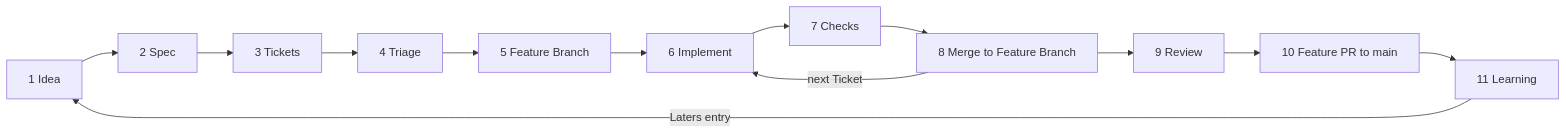
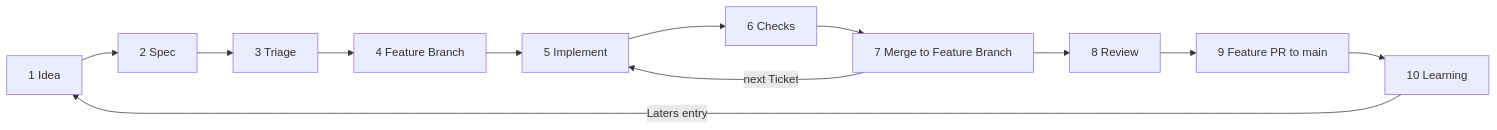
Before and after one commit to nguyenhothanhtam0709/chatify: the diagram in docs/factory/sdlc.md, drawn with Mermaid. The commit also changed other lines of this file and 6 other files, not shown here.

First line of the commit message:
00016-03: The Spec Writer writes the Spec and Tickets into a Spec PR on the Feature Branch (#217)

````diff
--- a/docs/factory/sdlc.md
+++ b/docs/factory/sdlc.md
@@ -11,9 +11,9 @@
 ```mermaid
 flowchart LR
-  idea[1 Idea] --> spec[2 Spec] --> tickets[3 Tickets] --> triage[4 Triage]
-  triage --> feature[5 Feature Branch] --> implement[6 Implement]
-  implement --> checks[7 Checks] --> merge[8 Merge to Feature Branch]
+  idea[1 Idea] --> spec[2 Spec] --> triage[3 Triage]
+  triage --> feature[4 Feature Branch] --> implement[5 Implement]
+  implement --> checks[6 Checks] --> merge[7 Merge to Feature Branch]
   merge -->|next Ticket| implement
-  merge --> review[9 Review] --> main[10 Feature PR to main] --> learn[11 Learning]
+  merge --> review[8 Review] --> main[9 Feature PR to main] --> learn[10 Learning]
   learn -->|Laters entry| idea
 ```
````
